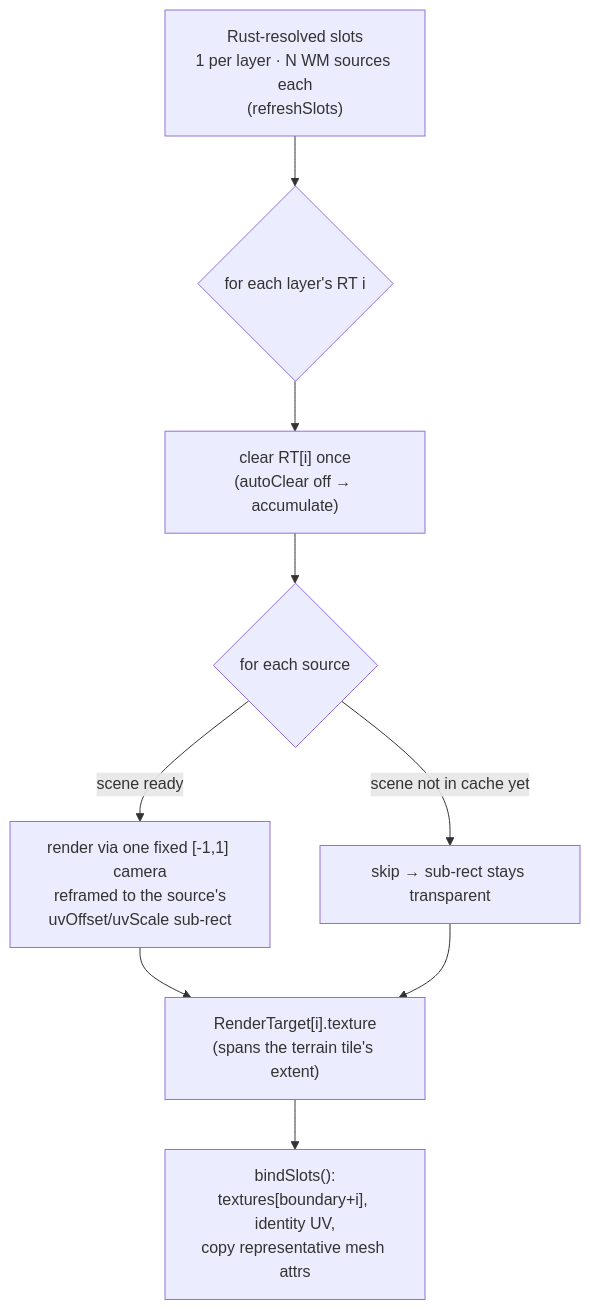
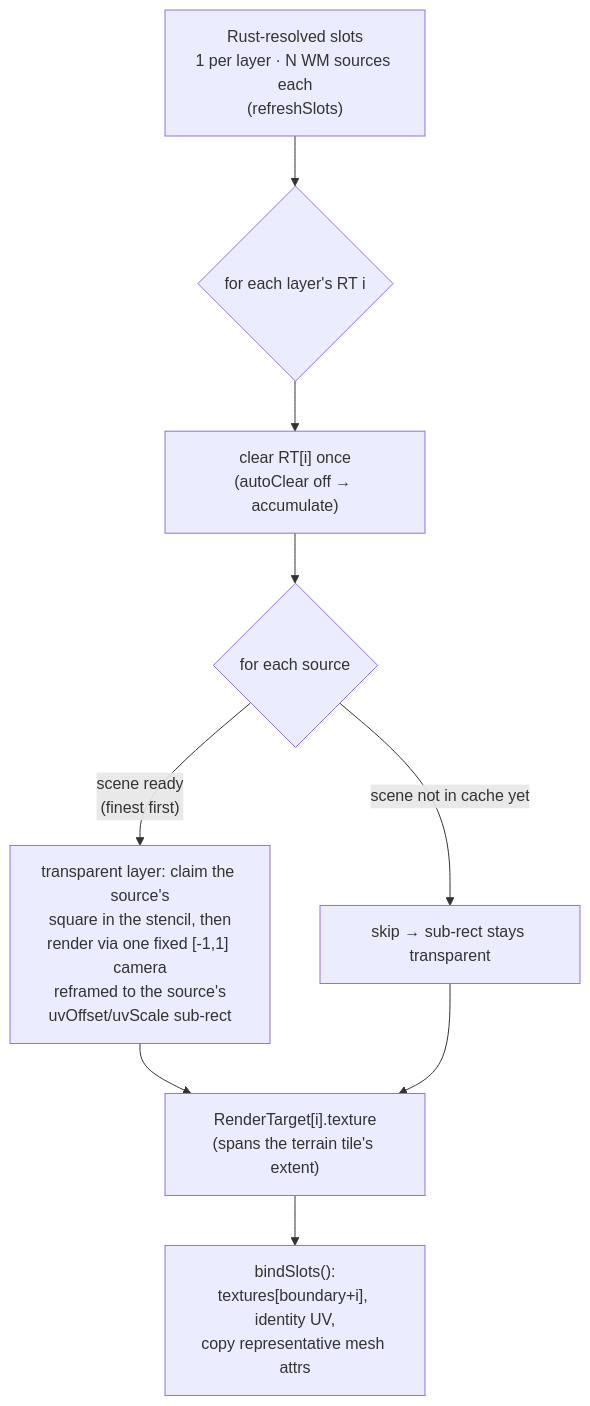
Before and after one commit to quei4r/navara: the third of 8 diagrams in guide/TILE_TEXTURE_COMPOSITING.md, drawn with Mermaid. The commit also changed other lines of this file and 1295 other files, not shown here.

````diff
--- a/guide/TILE_TEXTURE_COMPOSITING.md
+++ b/guide/TILE_TEXTURE_COMPOSITING.md
@@ -184,11 +205,11 @@
 ```mermaid
 flowchart TD
   RES["Rust-resolved slots<br/>1 per layer · N WM sources each<br/>(refreshSlots)"] --> LOOP{"for each layer's RT i"}
   LOOP --> CLR["clear RT[i] once<br/>(autoClear off → accumulate)"]
   CLR --> SRC{"for each source"}
   SRC -->|"scene not in cache yet"| SKIP["skip → sub-rect stays transparent"]
-  SRC -->|"scene ready"| DRAW["render via one fixed [-1,1] camera<br/>reframed to the source's<br/>uvOffset/uvScale sub-rect"]
+  SRC -->|"scene ready<br/>(finest first)"| DRAW["transparent layer: claim the source's<br/>square in the stencil, then<br/>render via one fixed [-1,1] camera<br/>reframed to the source's<br/>uvOffset/uvScale sub-rect"]
   DRAW --> RT["RenderTarget[i].texture<br/>(spans the terrain tile's extent)"]
   SKIP --> RT
   RT --> BIND["bindSlots():<br/>textures[boundary+i], identity UV,<br/>copy representative mesh attrs"]
 ```
````
